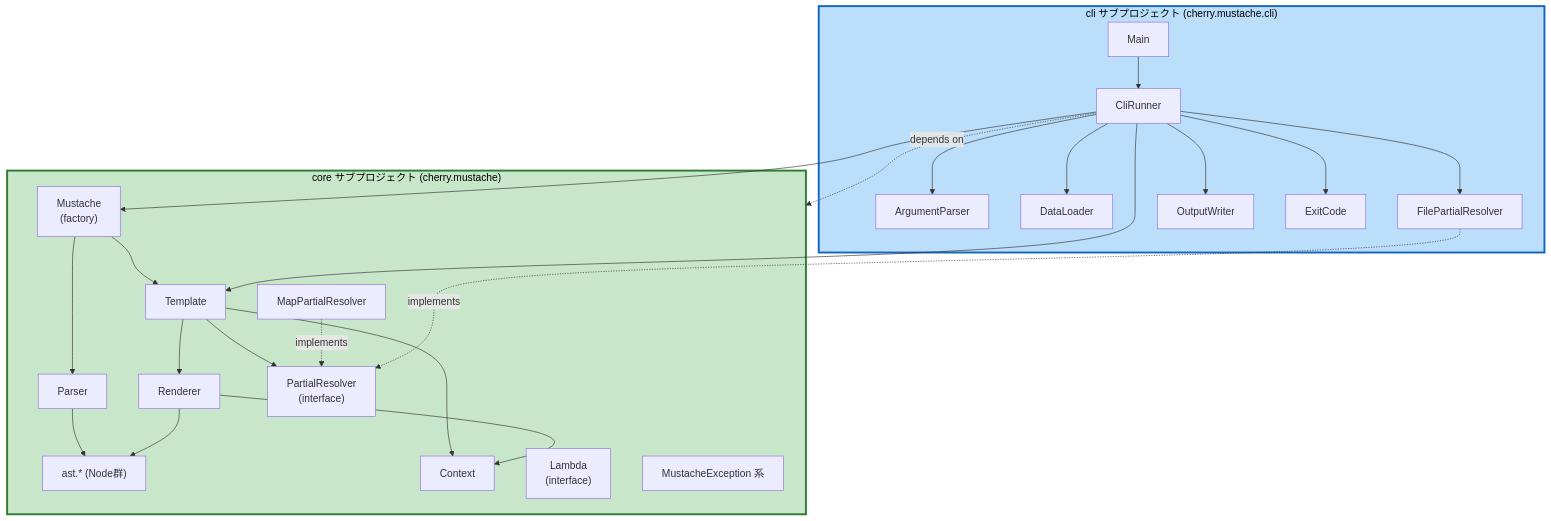
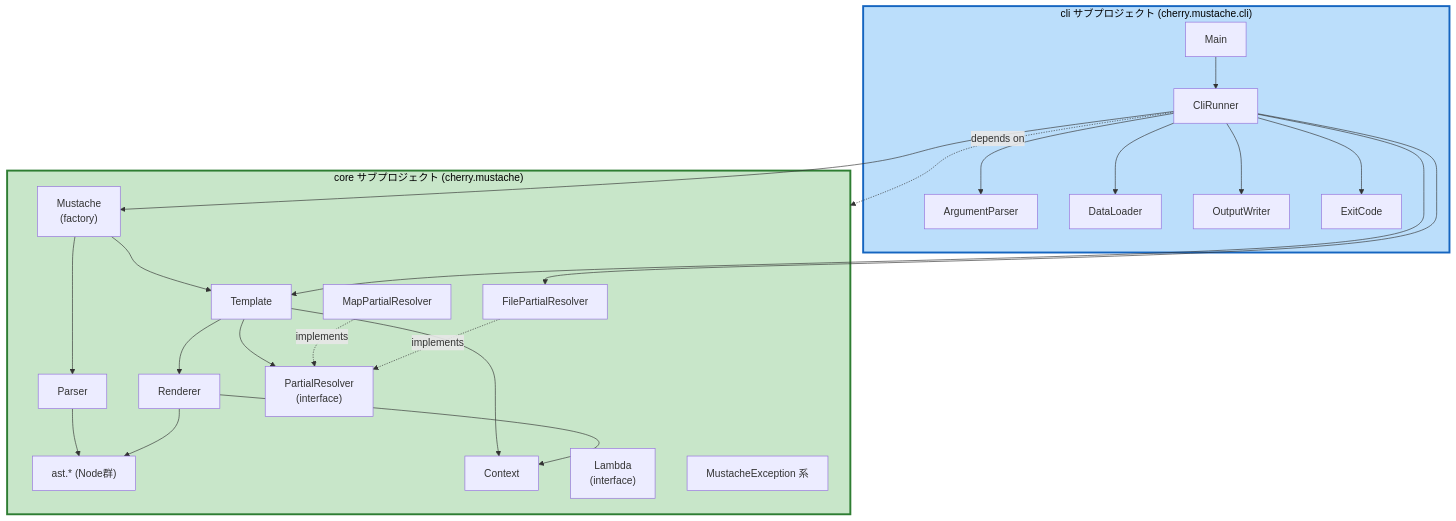
Before and after one commit to agwlvssainokuni/java-mustache-processor: the diagram in aidlc-docs/inception/application-design/component-dependency.md, drawn with Mermaid. The commit also changed other lines of this file and 4 other files, not shown here.

````diff
--- a/aidlc-docs/inception/application-design/component-dependency.md
+++ b/aidlc-docs/inception/application-design/component-dependency.md
@@ -33,49 +33,49 @@
 ```mermaid
 flowchart TB
     subgraph CORE["core サブプロジェクト (cherry.mustache)"]
         Mustache["Mustache<br/>(factory)"]
         Template["Template"]
         Parser["Parser"]
         AST["ast.* (Node群)"]
         Renderer["Renderer"]
         Context["Context"]
         PartialResolver["PartialResolver<br/>(interface)"]
         MapPartialResolver["MapPartialResolver"]
+        FilePartialResolver["FilePartialResolver"]
         Lambda["Lambda<br/>(interface)"]
         Exceptions["MustacheException 系"]
     end
 
     subgraph CLI["cli サブプロジェクト (cherry.mustache.cli)"]
         Main["Main"]
         CliRunner["CliRunner"]
         ArgumentParser["ArgumentParser"]
         DataLoader["DataLoader"]
-        FilePartialResolver["FilePartialResolver"]
         OutputWriter["OutputWriter"]
         ExitCode["ExitCode"]
     end
 
     Mustache --> Parser
     Mustache --> Template
     Parser --> AST
     Template --> Renderer
     Template --> Context
     Template --> PartialResolver
     Renderer --> AST
     Renderer --> Context
     MapPartialResolver -.implements.-> PartialResolver
     FilePartialResolver -.implements.-> PartialResolver
 
     Main --> CliRunner
     CliRunner --> ArgumentParser
     CliRunner --> DataLoader
     CliRunner --> FilePartialResolver
     CliRunner --> Mustache
     CliRunner --> Template
     CliRunner --> OutputWriter
     CliRunner --> ExitCode
     CliRunner -.depends on.-> CORE
 
     style CORE fill:#C8E6C9,stroke:#2E7D32,stroke-width:3px,color:#000
     style CLI fill:#BBDEFB,stroke:#1565C0,stroke-width:3px,color:#000
 ```
````
